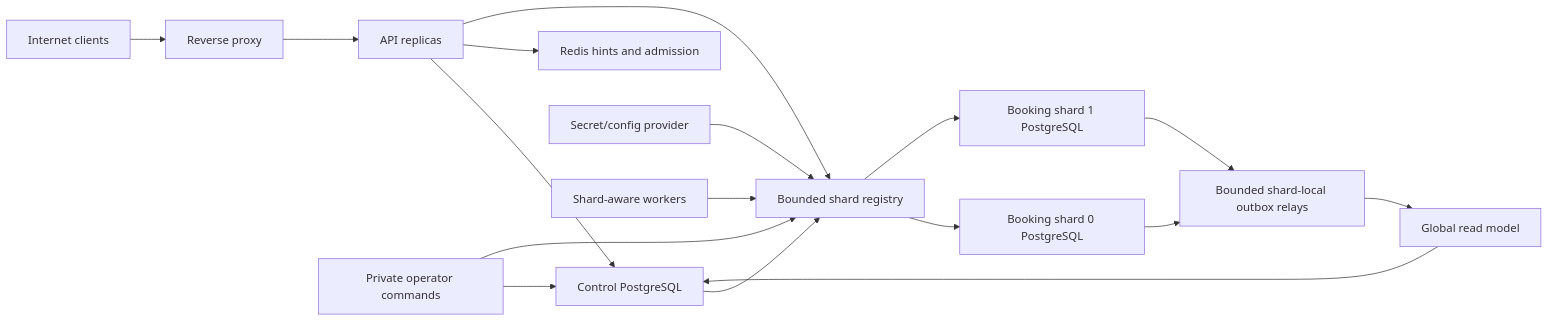
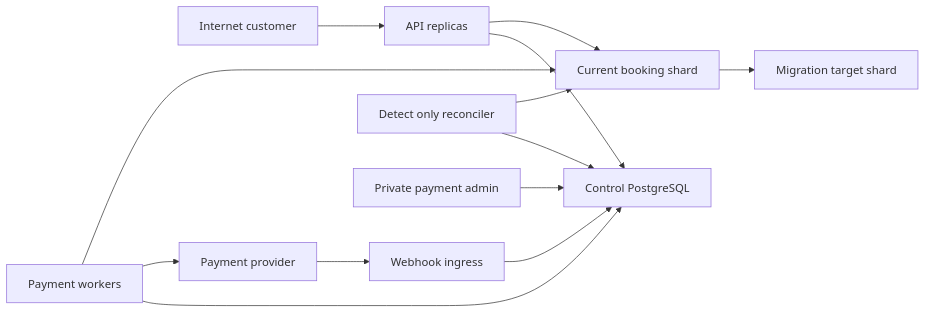
The diagram in docs/security-threat-model.md (Neura-Shadow/Scalable-Railway-Ticketing-Platform), drawn with Mermaid before and after one commit. The commit also changed other lines of this file and 16 other files, not shown here.

````diff
--- a/docs/security-threat-model.md
+++ b/docs/security-threat-model.md
@@ -57,19 +115,15 @@
 ```mermaid
 flowchart LR
-    U["Internet clients"] --> L["Reverse proxy"]
-    L --> A["API replicas"]
-    A --> C["Control PostgreSQL"]
-    A --> R["Redis hints and admission"]
-    C --> G["Bounded shard registry"]
-    K["Secret/config provider"] --> G
-    G --> S0["Booking shard 0 PostgreSQL"]
-    G --> S1["Booking shard 1 PostgreSQL"]
-    A --> G
-    W["Shard-aware workers"] --> G
-    O["Private operator commands"] --> C
-    O --> G
-    S0 --> E["Bounded shard-local outbox relays"]
-    S1 --> E
-    E --> P["Global read model"]
-    P --> C
+    C["Internet customer"] --> A["API replicas"]
+    P["Payment provider"] --> H["Webhook ingress"]
+    H --> D["Control PostgreSQL"]
+    A --> D
+    W["Payment workers"] --> D
+    W --> P
+    W --> S["Current booking shard"]
+    A --> S
+    S --> T["Migration target shard"]
+    R["Detect only reconciler"] --> D
+    R --> S
+    O["Private payment admin"] --> D
 ```
````
